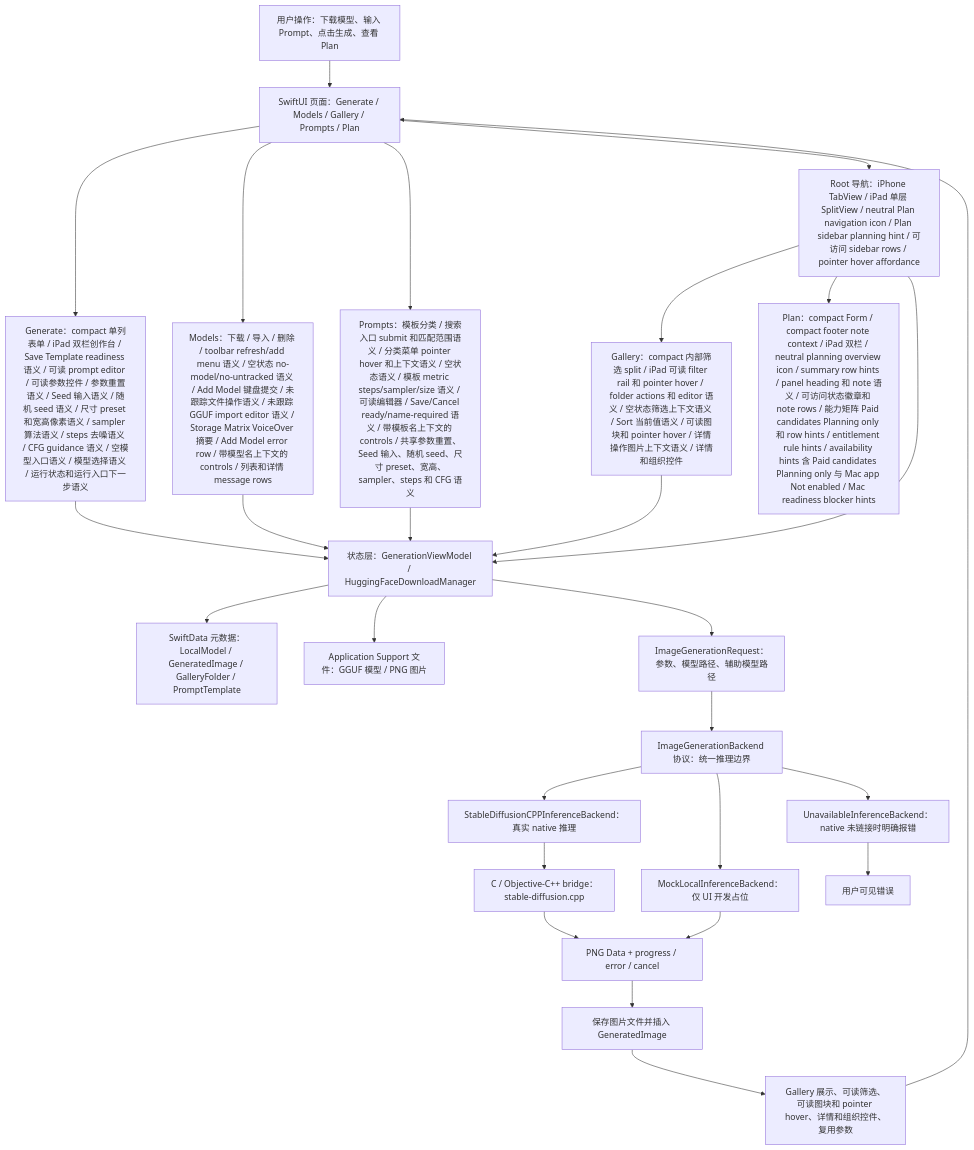
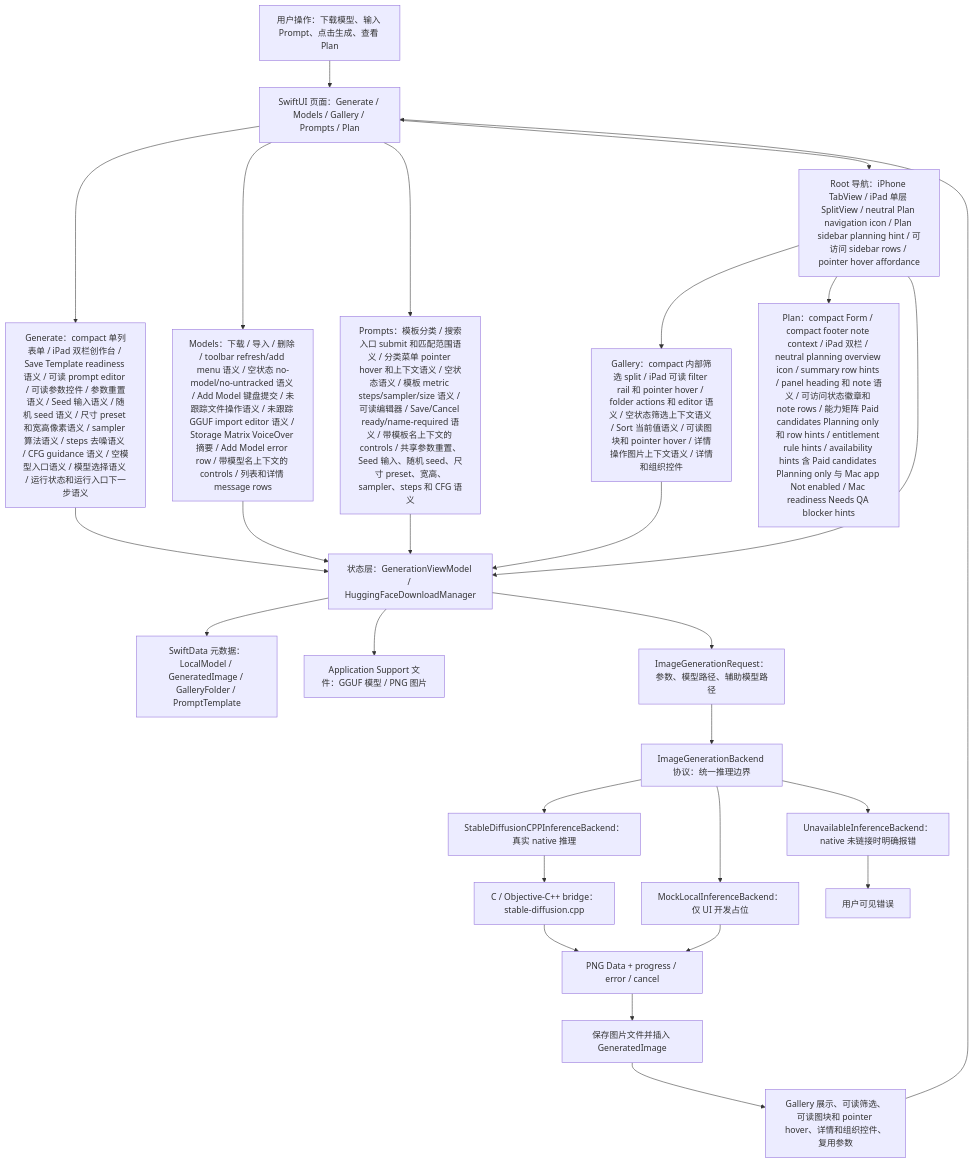
One commit to Altman-sam114/118 changed the first of 7 diagrams in md/flow/flowchart.md. Above: the diagram before and after it, drawn with Mermaid. The commit also changed 5 other files, not shown here.

First line of the commit message:
v1.73: Mac readiness QA status

````diff
--- a/md/flow/flowchart.md
+++ b/md/flow/flowchart.md
@@ -9,29 +9,29 @@
 ```mermaid
 flowchart TD
   U["用户操作：下载模型、输入 Prompt、点击生成、查看 Plan"] --> UI["SwiftUI 页面：Generate / Models / Gallery / Prompts / Plan"]
   UI --> GENUI["Generate：compact 单列表单 / iPad 双栏创作台 / Save Template readiness 语义 / 可读 prompt editor / 可读参数控件 / 参数重置语义 / Seed 输入语义 / 随机 seed 语义 / 尺寸 preset 和宽高像素语义 / sampler 算法语义 / steps 去噪语义 / CFG guidance 语义 / 空模型入口语义 / 模型选择语义 / 运行状态和运行入口下一步语义"]
   UI --> MODELUI["Models：下载 / 导入 / 删除 / toolbar refresh/add menu 语义 / 空状态 no-model/no-untracked 语义 / Add Model 键盘提交 / 未跟踪文件操作语义 / 未跟踪 GGUF import editor 语义 / Storage Matrix VoiceOver 摘要 / Add Model error row / 带模型名上下文的 controls / 列表和详情 message rows"]
   UI --> PROMPTUI["Prompts：模板分类 / 搜索入口 submit 和匹配范围语义 / 分类菜单 pointer hover 和上下文语义 / 空状态语义 / 模板 metric steps/sampler/size 语义 / 可读编辑器 / Save/Cancel ready/name-required 语义 / 带模板名上下文的 controls / 共享参数重置、Seed 输入、随机 seed、尺寸 preset、宽高、sampler、steps 和 CFG 语义"]
   UI --> NAV["Root 导航：iPhone TabView / iPad 单层 SplitView / neutral Plan navigation icon / Plan sidebar planning hint / 可访问 sidebar rows / pointer hover affordance"]
   NAV --> GALUI["Gallery：compact 内部筛选 split / iPad 可读 filter rail 和 pointer hover / folder actions 和 editor 语义 / 空状态筛选上下文语义 / Sort 当前值语义 / 可读图块和 pointer hover / 详情操作图片上下文语义 / 详情和组织控件"]
-  NAV --> PLANUI["Plan：compact Form / compact footer note context / iPad 双栏 / neutral planning overview icon / summary row hints / panel heading 和 note 语义 / 可访问状态徽章和 note rows / 能力矩阵 Paid candidates Planning only 和 row hints / entitlement rule hints / availability hints 含 Paid candidates Planning only 与 Mac app Not enabled / Mac readiness blocker hints"]
+  NAV --> PLANUI["Plan：compact Form / compact footer note context / iPad 双栏 / neutral planning overview icon / summary row hints / panel heading 和 note 语义 / 可访问状态徽章和 note rows / 能力矩阵 Paid candidates Planning only 和 row hints / entitlement rule hints / availability hints 含 Paid candidates Planning only 与 Mac app Not enabled / Mac readiness Needs QA blocker hints"]
   NAV --> VM["状态层：GenerationViewModel / HuggingFaceDownloadManager"]
   GENUI --> VM
   MODELUI --> VM
   PROMPTUI --> VM
   GALUI --> VM
   VM --> SD["SwiftData 元数据：LocalModel / GeneratedImage / GalleryFolder / PromptTemplate"]
   VM --> FS["Application Support 文件：GGUF 模型 / PNG 图片"]
   VM --> REQ["ImageGenerationRequest：参数、模型路径、辅助模型路径"]
   REQ --> IFACE["ImageGenerationBackend 协议：统一推理边界"]
   IFACE --> NATIVE["StableDiffusionCPPInferenceBackend：真实 native 推理"]
   IFACE --> MOCK["MockLocalInferenceBackend：仅 UI 开发占位"]
   IFACE --> OFF["UnavailableInferenceBackend：native 未链接时明确报错"]
   NATIVE --> BRIDGE["C / Objective-C++ bridge：stable-diffusion.cpp"]
   BRIDGE --> PNG["PNG Data + progress / error / cancel"]
   MOCK --> PNG
   OFF --> ERR["用户可见错误"]
   PNG --> SAVE["保存图片文件并插入 GeneratedImage"]
   SAVE --> GALLERY["Gallery 展示、可读筛选、可读图块和 pointer hover、详情和组织控件、复用参数"]
   GALLERY --> UI
 ```
````
